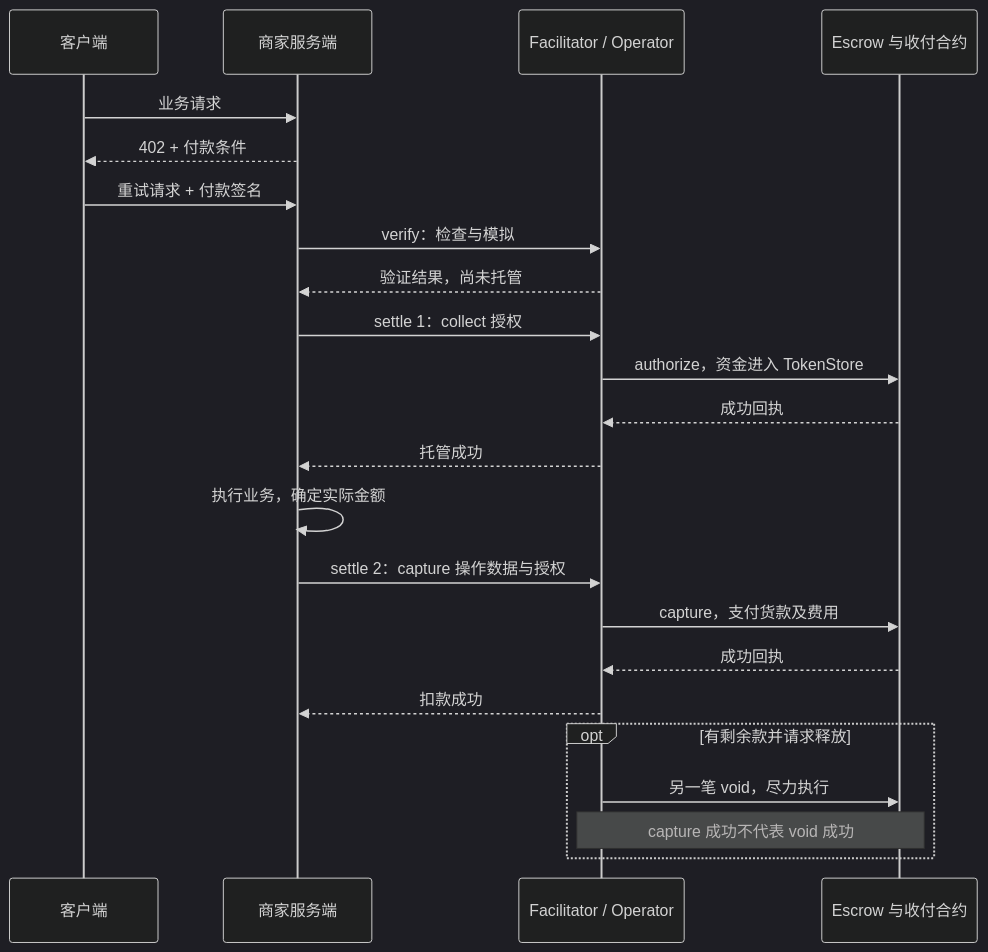
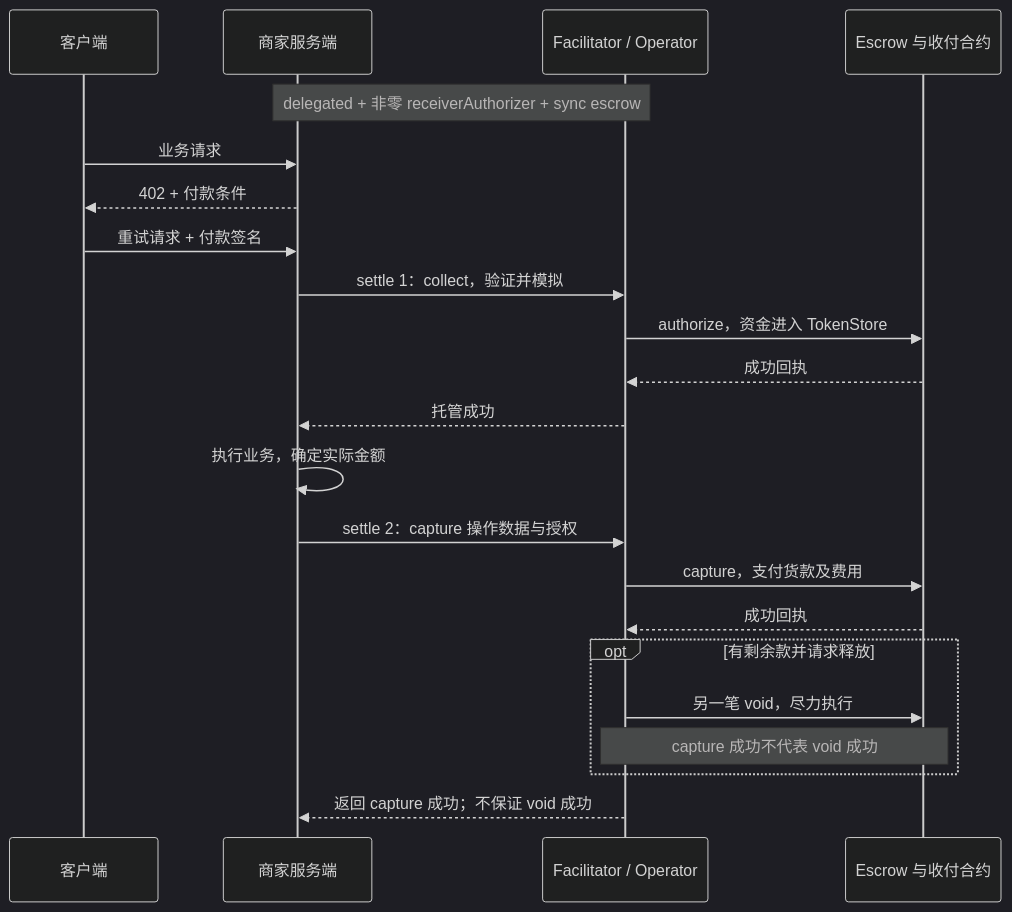
Before and after one commit to boboliu-1010/research-drafts: the diagram in assets/auth-capture/03-settle-sequence.mmd, drawn with Mermaid (dark theme). The commit also changed 12 other files, not shown here.

```diff
--- a/assets/auth-capture/03-settle-sequence.mmd
+++ b/assets/auth-capture/03-settle-sequence.mmd
@@ -1,23 +1,22 @@
 sequenceDiagram
   participant C as 客户端
   participant S as 商家服务端
   participant F as Facilitator / Operator
   participant E as Escrow 与收付合约
+  Note over S,F: delegated + 非零 receiverAuthorizer + sync escrow
   C->>S: 业务请求
   S-->>C: 402 + 付款条件
   C->>S: 重试请求 + 付款签名
-  S->>F: verify：检查与模拟
-  F-->>S: 验证结果，尚未托管
-  S->>F: settle 1：collect 授权
+  S->>F: settle 1：collect，验证并模拟
   F->>E: authorize，资金进入 TokenStore
   E-->>F: 成功回执
   F-->>S: 托管成功
   S->>S: 执行业务，确定实际金额
   S->>F: settle 2：capture 操作数据与授权
   F->>E: capture，支付货款及费用
   E-->>F: 成功回执
-  F-->>S: 扣款成功
   opt 有剩余款并请求释放
     F->>E: 另一笔 void，尽力执行
     Note over F,E: capture 成功不代表 void 成功
   end
+  F-->>S: 返回 capture 成功；不保证 void 成功
```
